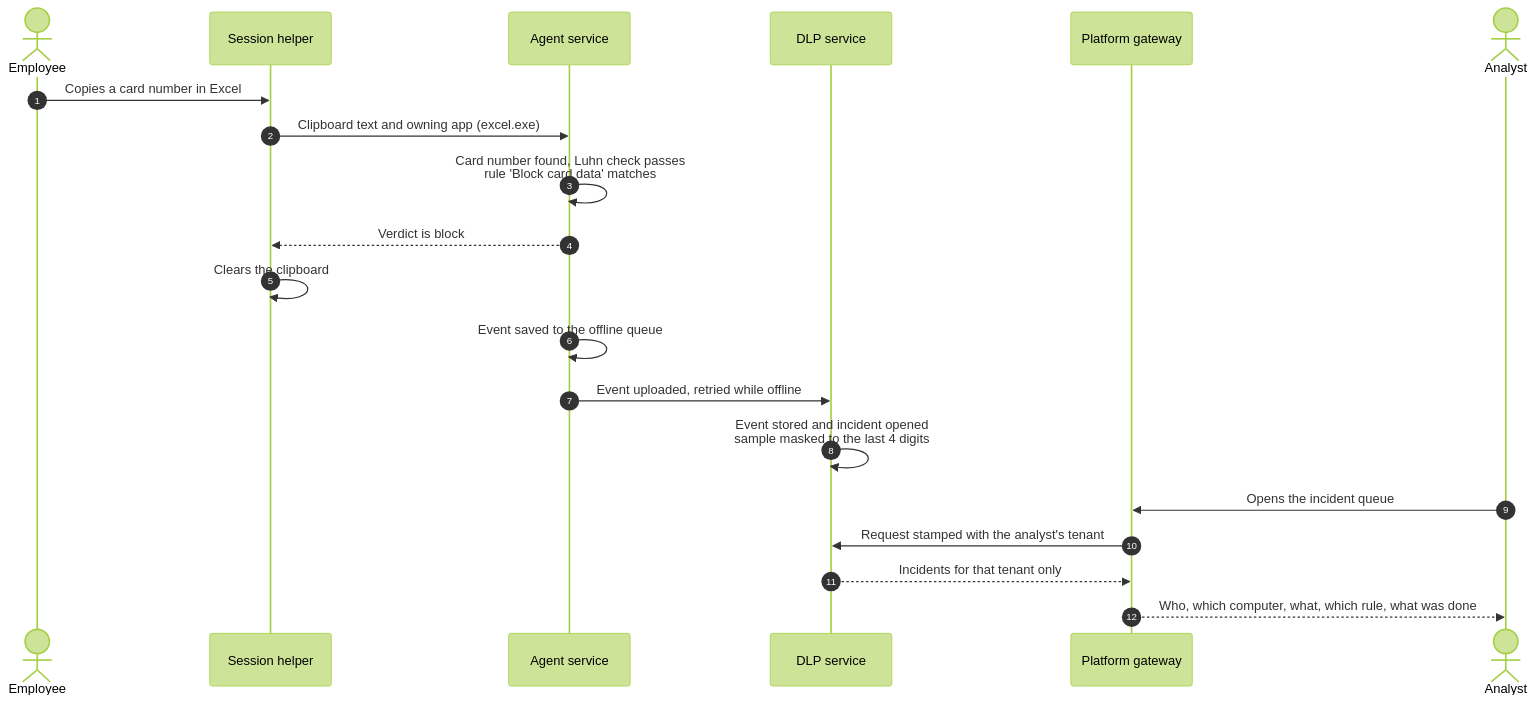
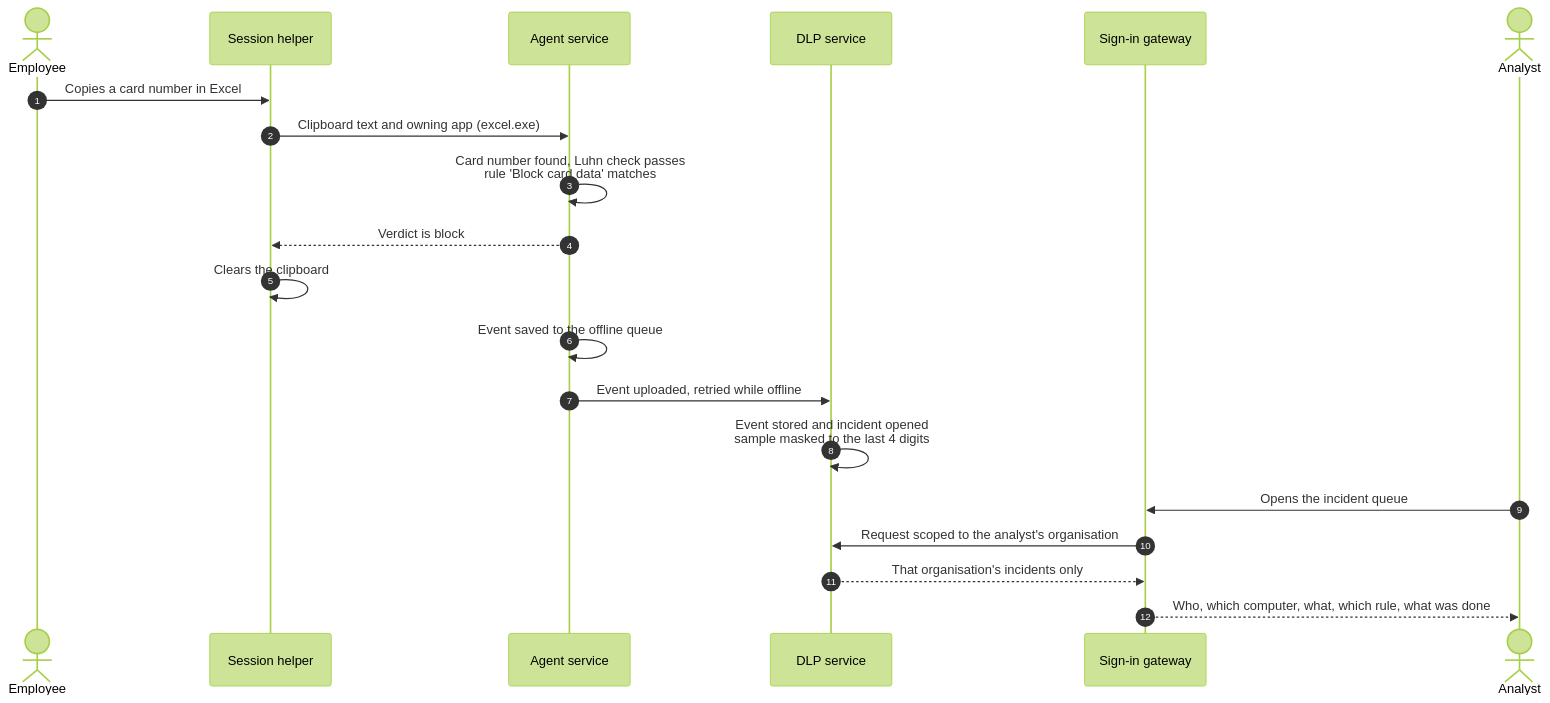
One commit to nikit-cyberultron/ZeroShield-DLP-Public changed the fourth of 8 diagrams in README.md. Above: the diagram before and after it, drawn with Mermaid (forest theme). The commit also changed other lines of this file, not shown here.

Commit message:
docs: update public README for standalone ZeroShield DLP

````diff
--- a/README.md
+++ b/README.md
@@ -183,23 +182,23 @@
 ```mermaid
 sequenceDiagram
     autonumber
     actor Employee
     participant Helper as Session helper
     participant Agent as Agent service
     participant DLP as DLP service
-    participant GW as Platform gateway
+    participant GW as Sign-in gateway
     actor Analyst
 
     Employee->>Helper: Copies a card number in Excel
     Helper->>Agent: Clipboard text and owning app (excel.exe)
     Agent->>Agent: Card number found, Luhn check passes<br/>rule 'Block card data' matches
     Agent-->>Helper: Verdict is block
     Helper->>Helper: Clears the clipboard
     Agent->>Agent: Event saved to the offline queue
     Agent->>DLP: Event uploaded, retried while offline
     DLP->>DLP: Event stored and incident opened<br/>sample masked to the last 4 digits
     Analyst->>GW: Opens the incident queue
-    GW->>DLP: Request stamped with the analyst's tenant
-    DLP-->>GW: Incidents for that tenant only
+    GW->>DLP: Request scoped to the analyst's organisation
+    DLP-->>GW: That organisation's incidents only
     GW-->>Analyst: Who, which computer, what, which rule, what was done
 ```
````
